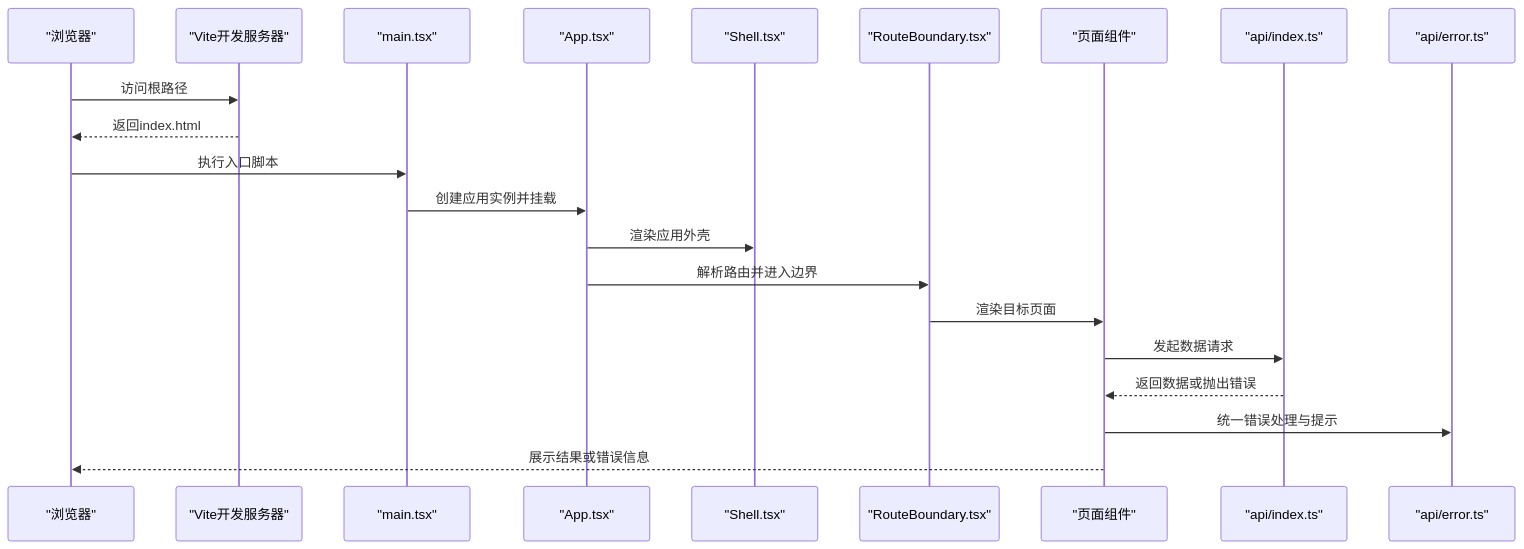
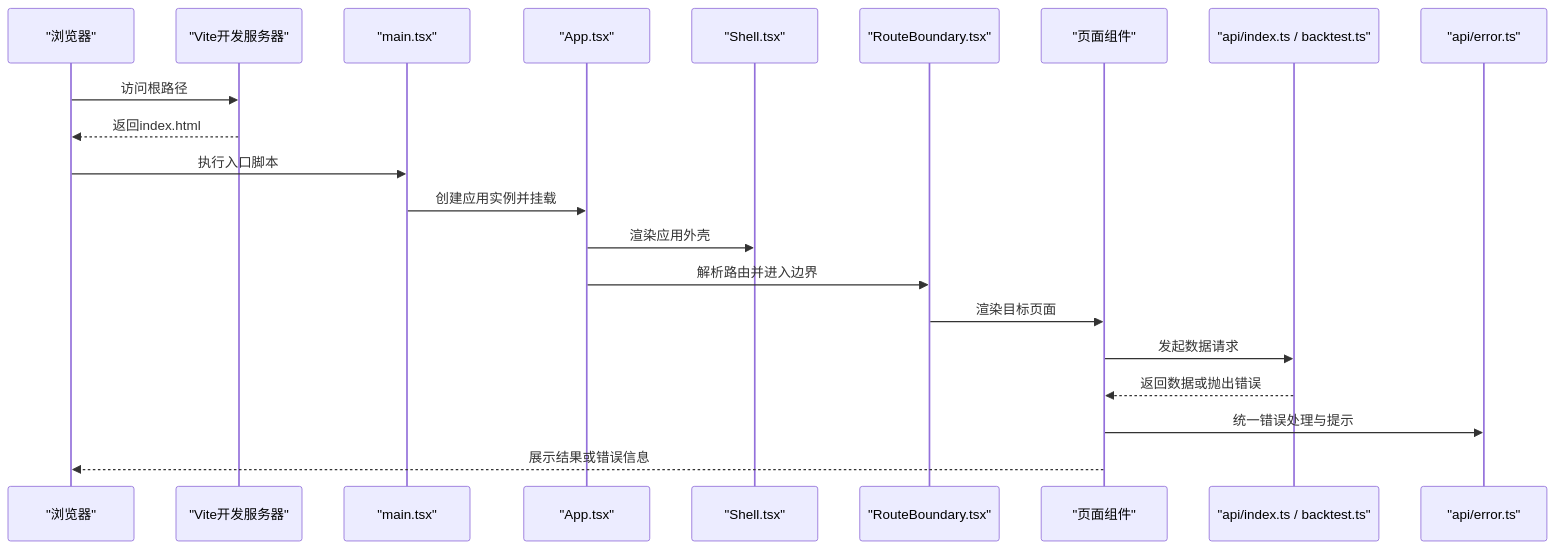
One commit to anYaoooo/daily_stock_analysis changed the second of 9 diagrams in .qoder/repowiki/zh/content/Web前端界面/Web应用架构.md. Above: the diagram before and after it, drawn with Mermaid. The commit also changed other lines of this file and 140 other files, not shown here.

````diff
--- a/.qoder/repowiki/zh/content/Web前端界面/Web应用架构.md
+++ b/.qoder/repowiki/zh/content/Web前端界面/Web应用架构.md
@@ -124,23 +138,23 @@
 ```mermaid
 sequenceDiagram
 participant U as "浏览器"
 participant V as "Vite开发服务器"
 participant M as "main.tsx"
 participant A as "App.tsx"
 participant L as "Shell.tsx"
 participant R as "RouteBoundary.tsx"
 participant P as "页面组件"
-participant API as "api/index.ts"
+participant API as "api/index.ts / backtest.ts"
 participant ERR as "api/error.ts"
 U->>V : 访问根路径
 V-->>U : 返回index.html
 U->>M : 执行入口脚本
 M->>A : 创建应用实例并挂载
 A->>L : 渲染应用外壳
 A->>R : 解析路由并进入边界
 R->>P : 渲染目标页面
 P->>API : 发起数据请求
 API-->>P : 返回数据或抛出错误
 P->>ERR : 统一错误处理与提示
 P-->>U : 展示结果或错误信息
 ```
````
